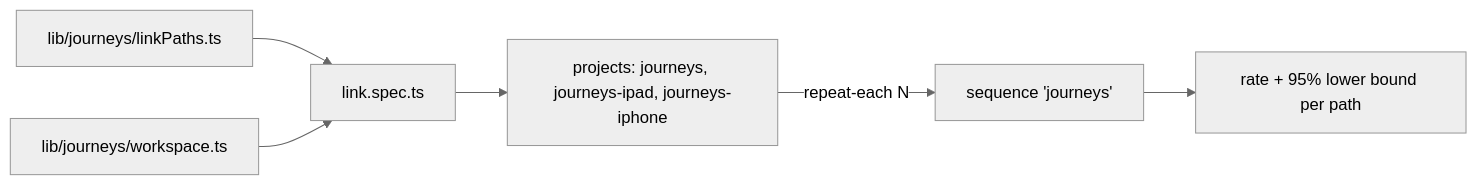
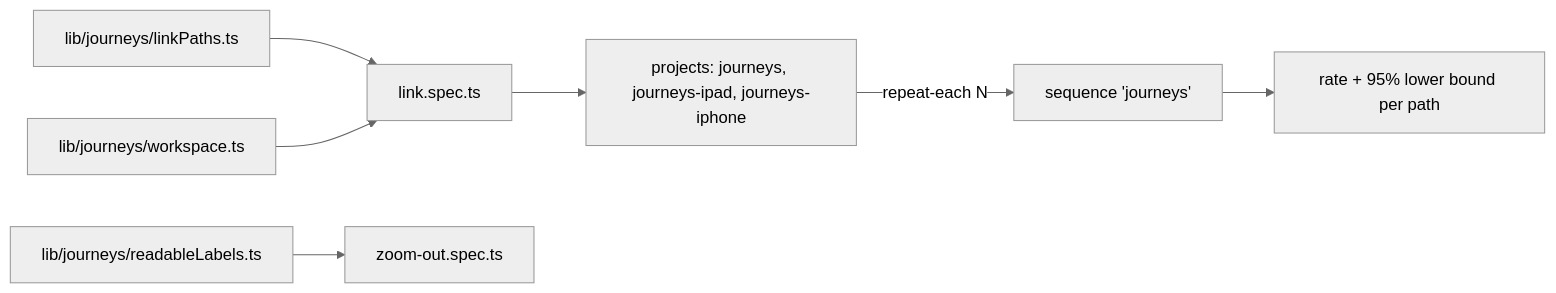
One commit to GraphDone/GraphDone-Core changed the diagram in tests/e2e/journeys/README.md. Above: the diagram before and after it, drawn with Mermaid (neutral theme). The commit also changed other lines of this file and 15 other files, not shown here.

````diff
--- a/tests/e2e/journeys/README.md
+++ b/tests/e2e/journeys/README.md
@@ -10,8 +10,9 @@
 ```mermaid
 flowchart LR
   paths["lib/journeys/linkPaths.ts"] --> spec["link.spec.ts"]
+  labels["lib/journeys/readableLabels.ts"] --> zoom["zoom-out.spec.ts"]
   ws["lib/journeys/workspace.ts"] --> spec
   spec --> proj["projects: journeys, journeys-ipad, journeys-iphone"]
   proj -->|"repeat-each N"| seq["sequence 'journeys'"]
   seq --> rep["rate + 95% lower bound per path"]
 ```
````
